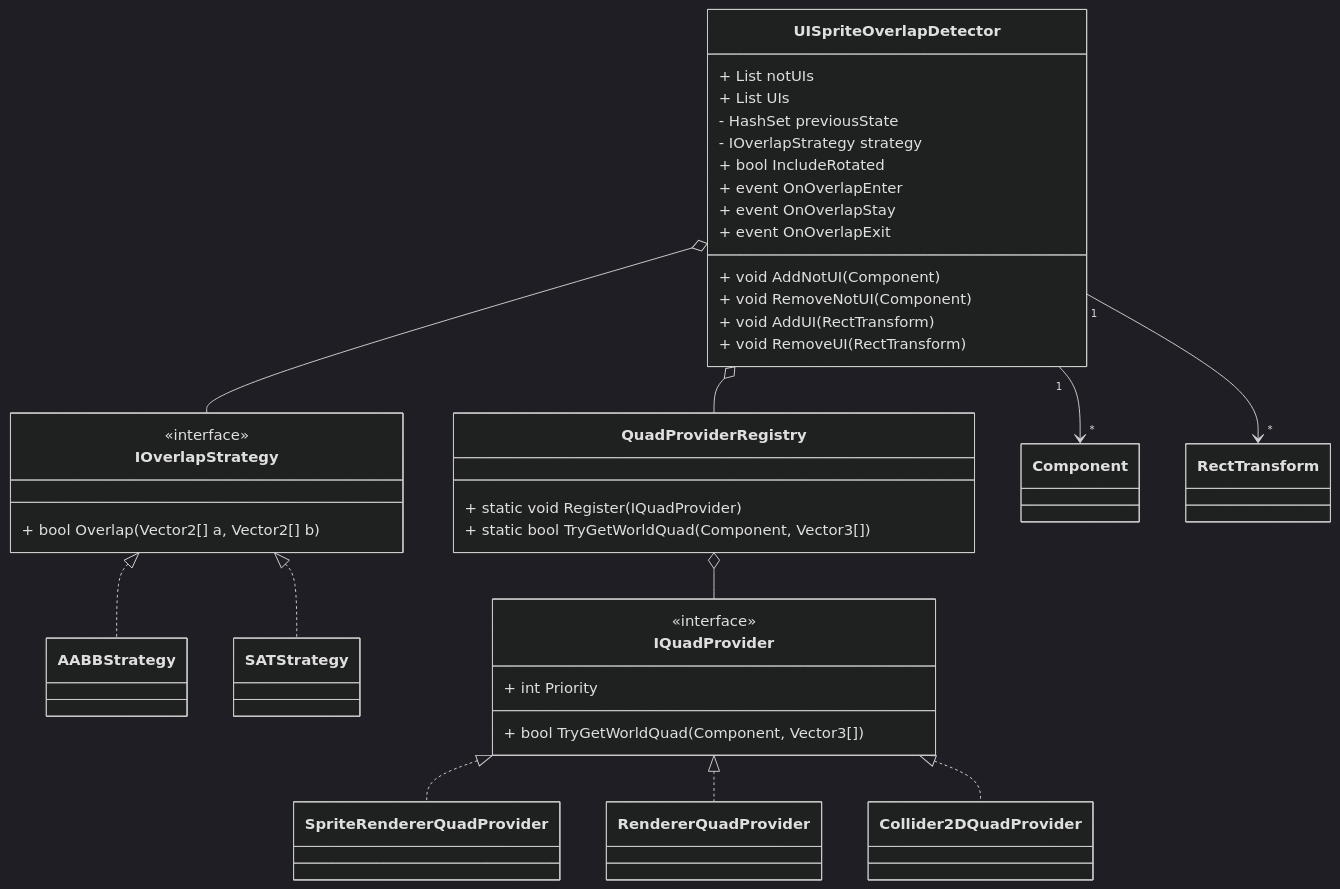
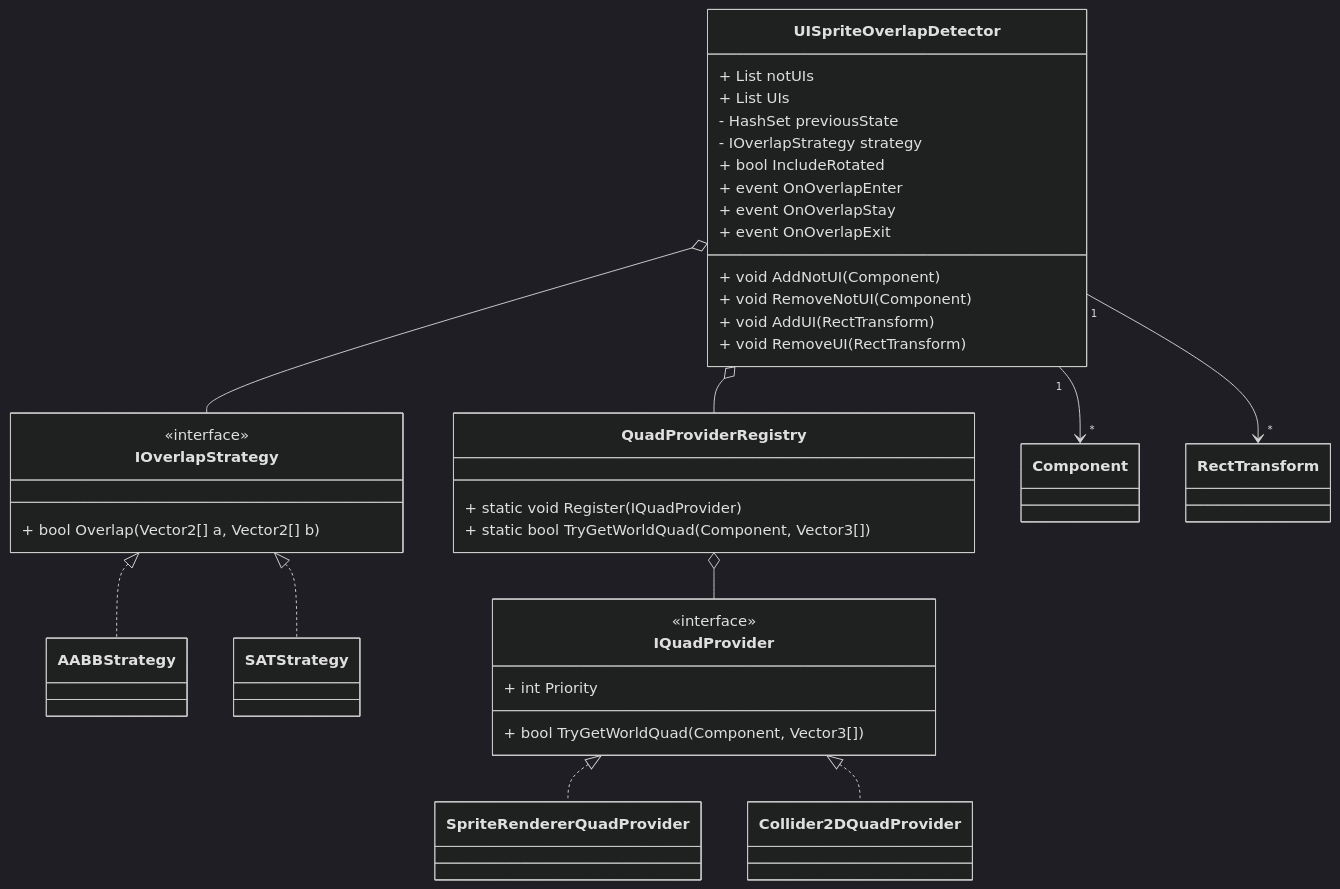
One commit to SunagimoOisii/UIOverlapDetector changed the diagram in README.md. Above: the diagram before and after it, drawn with Mermaid (dark theme). The commit also changed other lines of this file and 2 other files, not shown here.

````diff
--- a/README.md
+++ b/README.md
@@ -18,56 +20,54 @@
 ```mermaid
 classDiagram
     direction TD
     
     class IOverlapStrategy {
         <<interface>>
         + bool Overlap(Vector2[] a, Vector2[] b)
     }
 
     class AABBStrategy
     class SATStrategy
 
     IOverlapStrategy <|.. AABBStrategy
     IOverlapStrategy <|.. SATStrategy
 
     class IQuadProvider {
         <<interface>>
         + int Priority
         + bool TryGetWorldQuad(Component, Vector3[])
     }
 
     class SpriteRendererQuadProvider
-    class RendererQuadProvider
     class Collider2DQuadProvider
 
     IQuadProvider <|.. SpriteRendererQuadProvider
-    IQuadProvider <|.. RendererQuadProvider
     IQuadProvider <|.. Collider2DQuadProvider
 
     class QuadProviderRegistry {
         + static void Register(IQuadProvider)
         + static bool TryGetWorldQuad(Component, Vector3[])
     }
 
     class UISpriteOverlapDetector {
         + List notUIs
         + List UIs
         - HashSet previousState
         - IOverlapStrategy strategy
         + bool IncludeRotated
 
         + event OnOverlapEnter
         + event OnOverlapStay
         + event OnOverlapExit
         + void AddNotUI(Component)
         + void RemoveNotUI(Component)
         + void AddUI(RectTransform)
         + void RemoveUI(RectTransform)
     }
 
     UISpriteOverlapDetector o-- IOverlapStrategy
     UISpriteOverlapDetector o-- QuadProviderRegistry
     QuadProviderRegistry o-- IQuadProvider
     UISpriteOverlapDetector "1" --> "*" Component
     UISpriteOverlapDetector "1" --> "*" RectTransform
 ```
````
